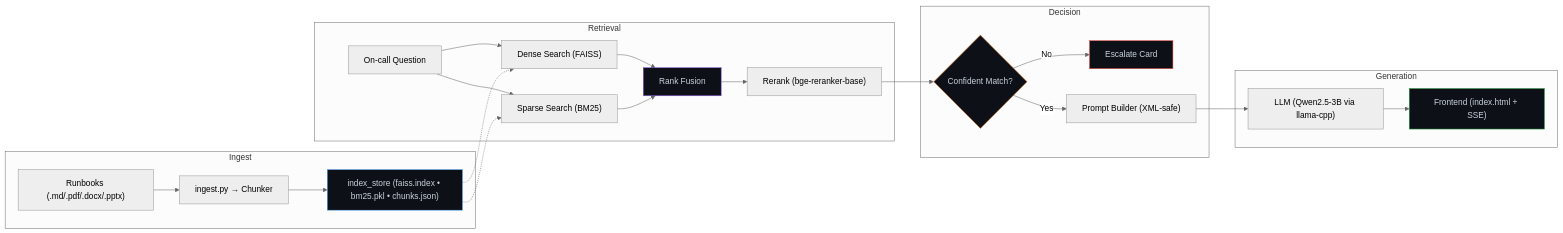
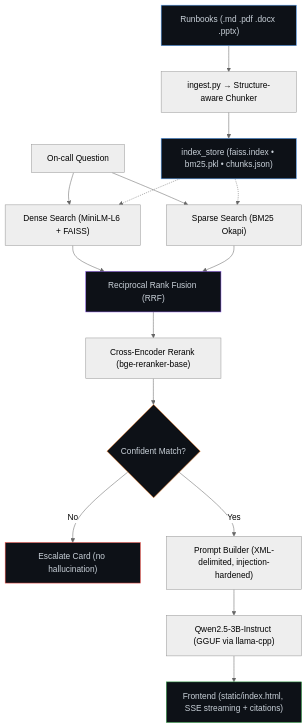
The first of 2 diagrams in README.md (AvichalKhanna/hpe-runbook), drawn with Mermaid (neutral theme) before and after one commit.

````diff
--- a/README.md
+++ b/README.md
@@ -39,36 +39,32 @@
 ```mermaid
-flowchart LR
-    subgraph Ingest
-        A["Runbooks (.md/.pdf/.docx/.pptx)"] --> B["ingest.py → Chunker"]
-        B --> C["index_store (faiss.index • bm25.pkl • chunks.json)"]
-    end
+flowchart TD
+    A["Runbooks (.md .pdf .docx .pptx)"]
+        --> B["ingest.py → Structure-aware Chunker"]
+        --> C["index_store (faiss.index • bm25.pkl • chunks.json)"]
 
-    subgraph Retrieval
-        Q["On-call Question"] --> D["Dense Search (FAISS)"]
-        Q --> E["Sparse Search (BM25)"]
-        C -.-> D
-        C -.-> E
-        D --> F["Rank Fusion"]
-        E --> F
-        F --> G["Rerank (bge-reranker-base)"]
-    end
+    Q["On-call Question"]
+        --> D["Dense Search (MiniLM-L6 + FAISS)"]
+    Q --> E["Sparse Search (BM25 Okapi)"]
 
-    subgraph Decision
-        G --> H{"Confident Match?"}
-        H -->|No| I["Escalate Card"]
-        H -->|Yes| J["Prompt Builder (XML-safe)"]
-    end
+    C -.-> D
+    C -.-> E
 
-    subgraph Generation
-        J --> K["LLM (Qwen2.5-3B via llama-cpp)"]
-        K --> L["Frontend (index.html + SSE)"]
-    end
+    D --> F["Reciprocal Rank Fusion (RRF)"]
+    E --> F
+    F --> G["Cross-Encoder Rerank (bge-reranker-base)"]
 
-    %% Styling
+    G --> H{"Confident Match?"}
+    H -->|No| I["Escalate Card (no hallucination)"]
+    H -->|Yes| J["Prompt Builder (XML-delimited, injection-hardened)"]
+
+    J --> K["Qwen2.5-3B-Instruct (GGUF via llama-cpp)"]
+    K --> L["Frontend (static/index.html, SSE streaming + citations)"]
+
+    %% Styling for readability
+    style A fill:#0d1117,stroke:#58A6FF,color:#C9D1D9
     style C fill:#0d1117,stroke:#58A6FF,color:#C9D1D9
     style F fill:#0d1117,stroke:#8957E5,color:#C9D1D9
     style H fill:#0d1117,stroke:#F58025,color:#C9D1D9
     style I fill:#0d1117,stroke:#F85149,color:#C9D1D9
     style L fill:#0d1117,stroke:#2EA043,color:#C9D1D9
-
 ```
````
